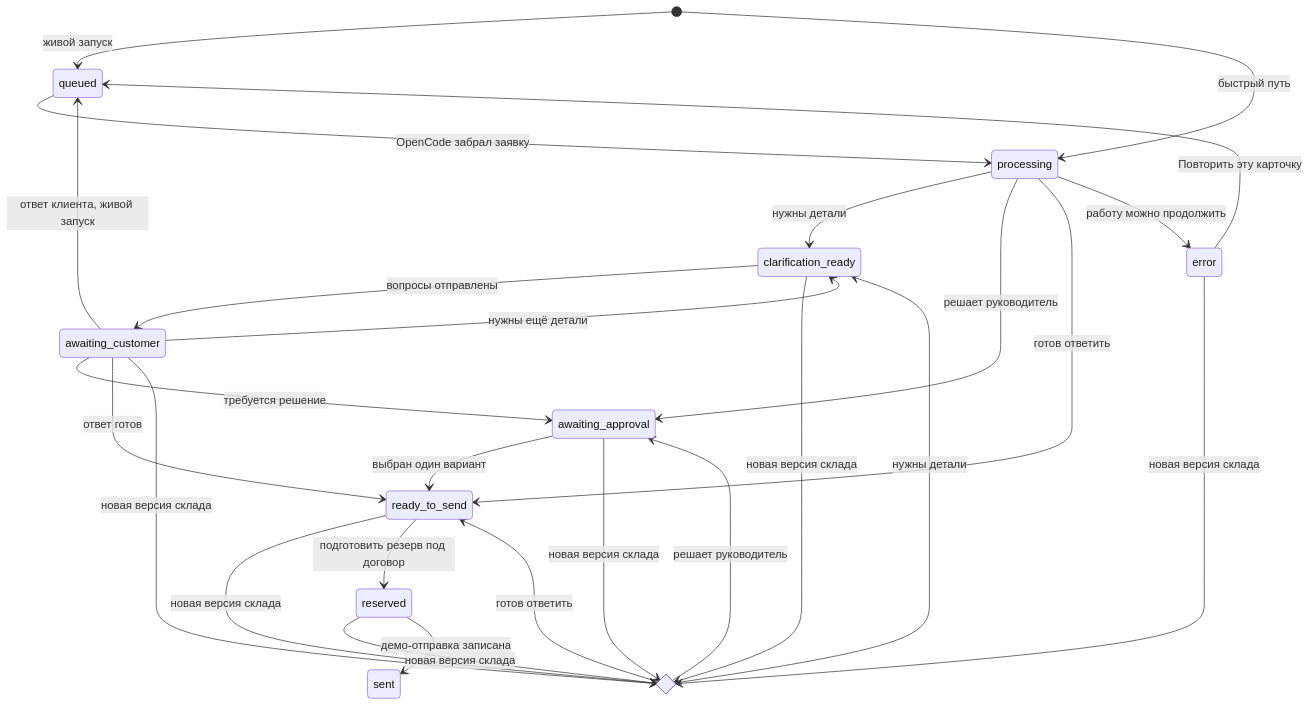
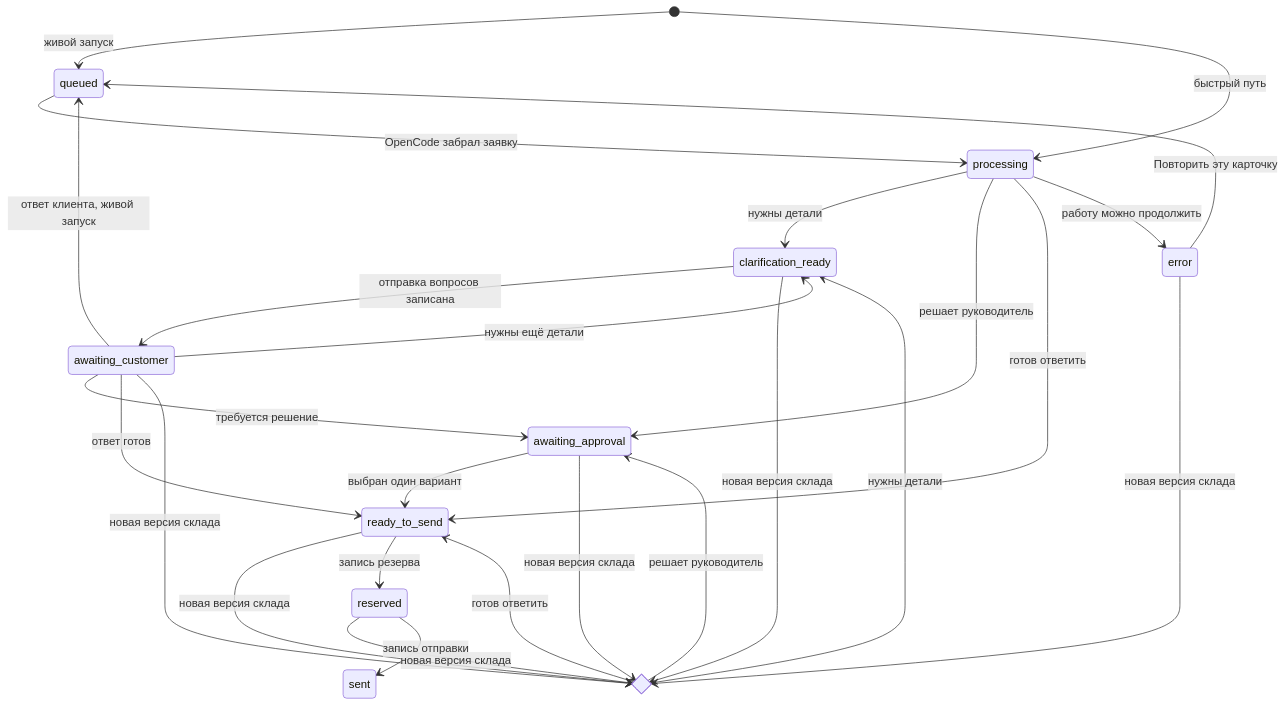
The second of 2 diagrams in docs/ARCHITECTURE-AND-WEBINAR.md (Matrix6892/Pilot_webinars), drawn with Mermaid before and after one commit. The commit also changed other lines of this file and 23 other files, not shown here.

````diff
--- a/docs/ARCHITECTURE-AND-WEBINAR.md
+++ b/docs/ARCHITECTURE-AND-WEBINAR.md
@@ -589,32 +642,32 @@
 ```mermaid
 stateDiagram-v2
     [*] --> queued: живой запуск
     [*] --> processing: быстрый путь
     queued --> processing: OpenCode забрал заявку
 
     processing --> clarification_ready: нужны детали
     processing --> awaiting_approval: решает руководитель
     processing --> ready_to_send: готов ответить
     processing --> error: работу можно продолжить
     error --> queued: Повторить эту карточку
 
-    clarification_ready --> awaiting_customer: вопросы отправлены
+    clarification_ready --> awaiting_customer: отправка вопросов записана
     awaiting_customer --> queued: ответ клиента, живой запуск
     awaiting_customer --> clarification_ready: нужны ещё детали
     awaiting_customer --> awaiting_approval: требуется решение
     awaiting_customer --> ready_to_send: ответ готов
 
     awaiting_approval --> ready_to_send: выбран один вариант
     state recalc_result <<choice>>
     clarification_ready --> recalc_result: новая версия склада
     awaiting_customer --> recalc_result: новая версия склада
     awaiting_approval --> recalc_result: новая версия склада
     ready_to_send --> recalc_result: новая версия склада
     reserved --> recalc_result: новая версия склада
     error --> recalc_result: новая версия склада
     recalc_result --> clarification_ready: нужны детали
     recalc_result --> awaiting_approval: решает руководитель
     recalc_result --> ready_to_send: готов ответить
-    ready_to_send --> reserved: подготовить резерв под договор
-    reserved --> sent: демо-отправка записана
+    ready_to_send --> reserved: запись резерва
+    reserved --> sent: запись отправки
 ```
````
